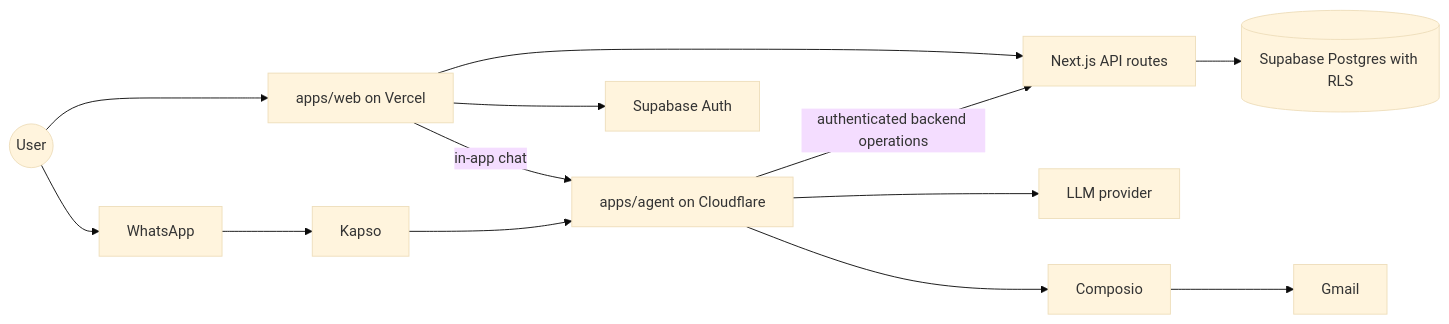
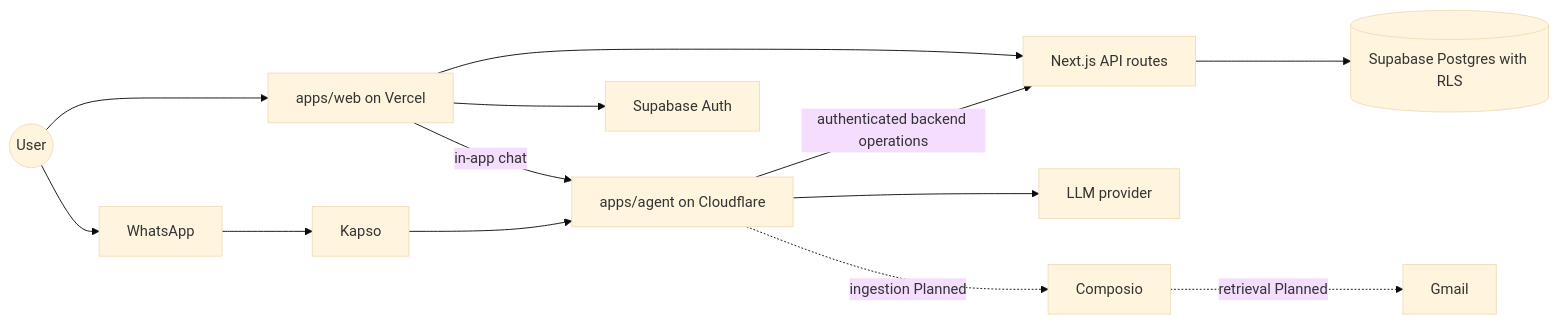
The diagram in docs/tech/architecture.md (ZoeMohamed/Monara), drawn with Mermaid (base theme) before and after one commit. The commit also changed other lines of this file and 68 other files, not shown here.

````diff
--- a/docs/tech/architecture.md
+++ b/docs/tech/architecture.md
@@ -26,14 +26,15 @@
 ```mermaid
 flowchart LR
   User((User)) --> Web["apps/web on Vercel"]
   User --> WA[WhatsApp]
   WA --> Kapso
   Kapso --> Agent["apps/agent on Cloudflare"]
   Web -- "in-app chat" --> Agent
   Agent -- "authenticated backend operations" --> API["Next.js API routes"]
   Web --> API
   API --> DB[("Supabase Postgres with RLS")]
   Web --> Auth[Supabase Auth]
   Agent --> LLM[LLM provider]
-  Agent --> Composio --> Gmail
+  Agent -. "ingestion Planned" .-> Composio
+  Composio -. "retrieval Planned" .-> Gmail
 ```
````
